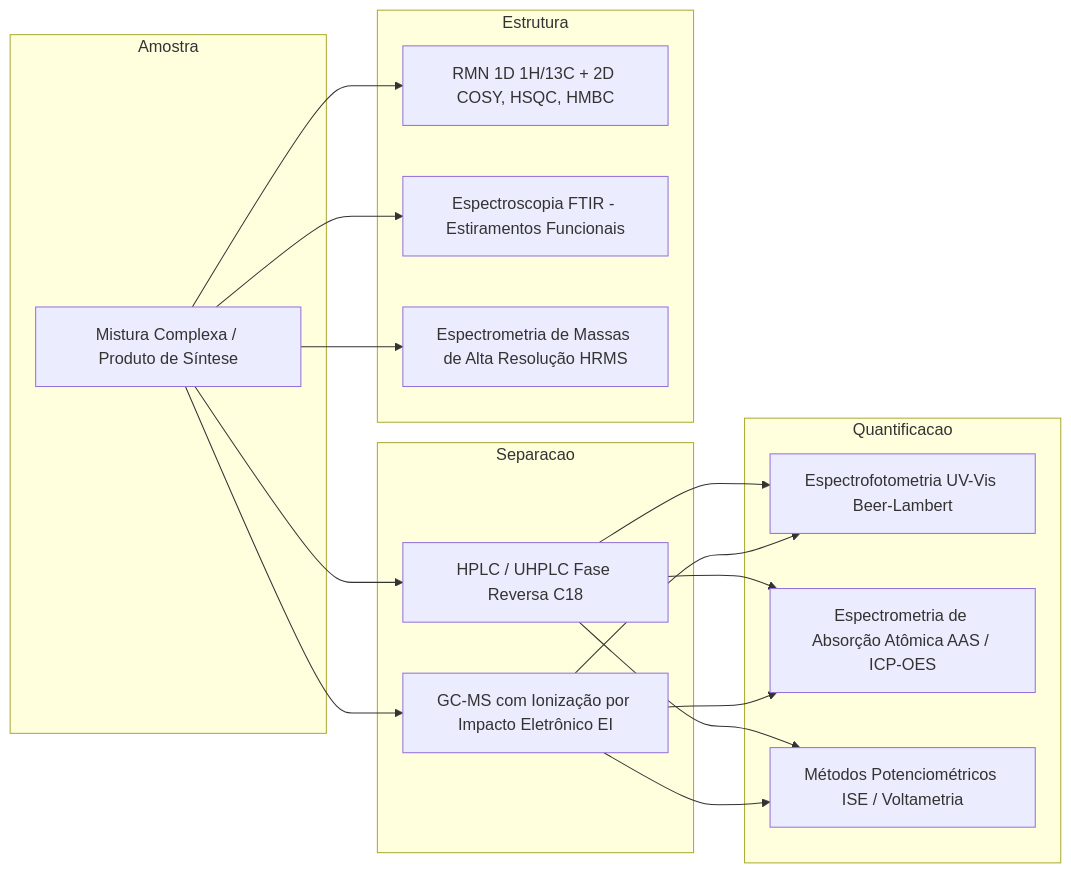
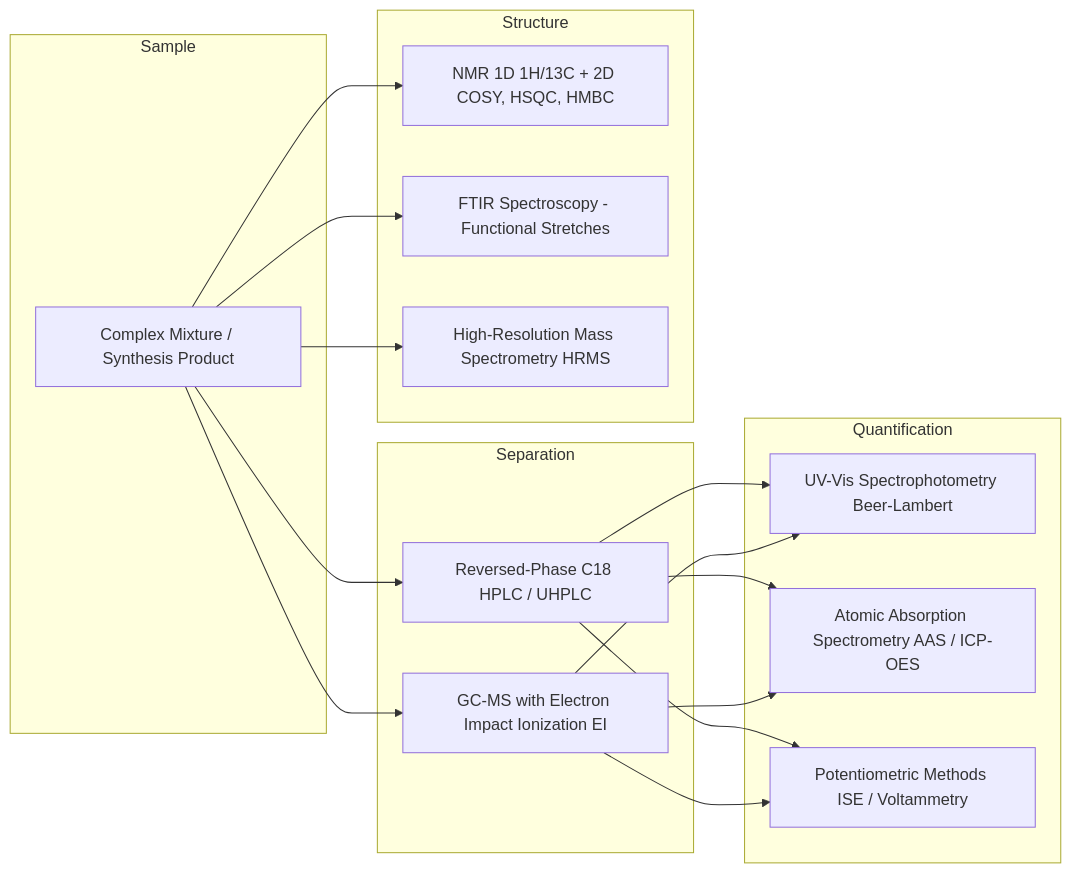
One commit to dandgabr/Coacus changed the diagram in knowledge/skills/domains/academic/academic-chemistry-synthesis-analysis/SKILL.md. Above: the diagram before and after it, drawn with Mermaid. The commit also changed other lines of this file and 143 other files, not shown here.

````diff
--- a/knowledge/skills/domains/academic/academic-chemistry-synthesis-analysis/SKILL.md
+++ b/knowledge/skills/domains/academic/academic-chemistry-synthesis-analysis/SKILL.md
@@ -75,23 +75,23 @@
 ```mermaid
 flowchart LR
-    subgraph Amostra
-        A[Mistura Complexa / Produto de Síntese]
+    subgraph Sample
+        A[Complex Mixture / Synthesis Product]
     end
-    subgraph Separacao
-        B[HPLC / UHPLC Fase Reversa C18]
-        C[GC-MS com Ionização por Impacto Eletrônico EI]
+    subgraph Separation
+        B[Reversed-Phase C18 HPLC / UHPLC]
+        C[GC-MS with Electron Impact Ionization EI]
     end
-    subgraph Quantificacao
-        D[Espectrofotometria UV-Vis Beer-Lambert]
-        E[Espectrometria de Absorção Atômica AAS / ICP-OES]
-        F[Métodos Potenciométricos ISE / Voltametria]
+    subgraph Quantification
+        D[UV-Vis Spectrophotometry Beer-Lambert]
+        E[Atomic Absorption Spectrometry AAS / ICP-OES]
+        F[Potentiometric Methods ISE / Voltammetry]
     end
-    subgraph Estrutura
-        G[RMN 1D 1H/13C + 2D COSY, HSQC, HMBC]
-        H[Espectroscopia FTIR - Estiramentos Funcionais]
-        I[Espectrometria de Massas de Alta Resolução HRMS]
+    subgraph Structure
+        G[NMR 1D 1H/13C + 2D COSY, HSQC, HMBC]
+        H[FTIR Spectroscopy - Functional Stretches]
+        I[High-Resolution Mass Spectrometry HRMS]
     end
     A --> B & C
     B & C --> D & E & F
     A --> G & H & I
 ```
````
